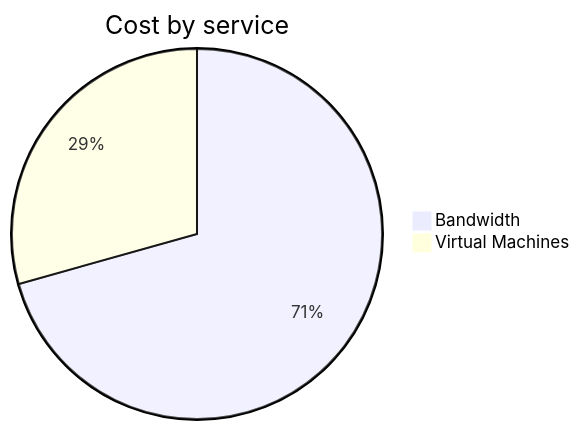
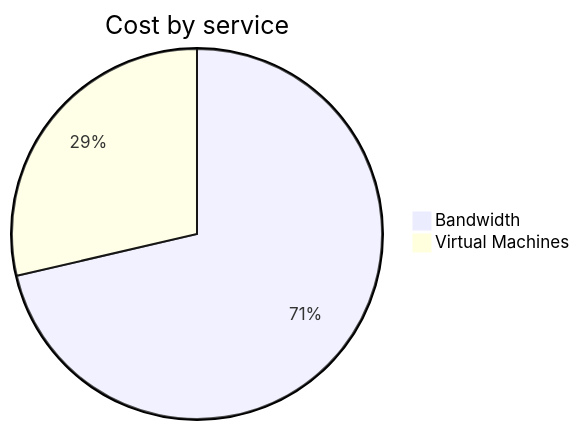
Before and after one commit to jpfulton/azure-personal-reports: the second of 4 diagrams in cost-reports/personal-network/vpn-server.md, drawn with Mermaid. The commit also changed other lines of this file and 8 other files, not shown here.

````diff
--- a/cost-reports/personal-network/vpn-server.md
+++ b/cost-reports/personal-network/vpn-server.md
@@ -92,6 +92,6 @@
 ```mermaid
 pie
    title Cost by service
-   "Bandwidth" : 8.16
-   "Virtual Machines" : 3.39
+   "Bandwidth" : 8.85
+   "Virtual Machines" : 3.55
 ```
````
